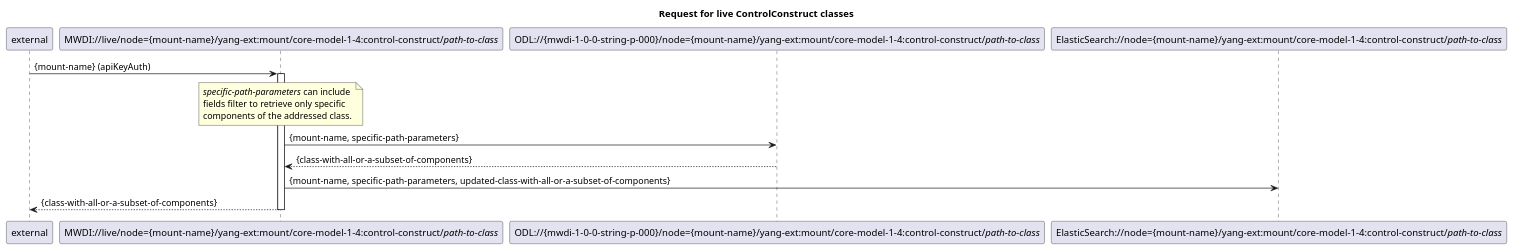
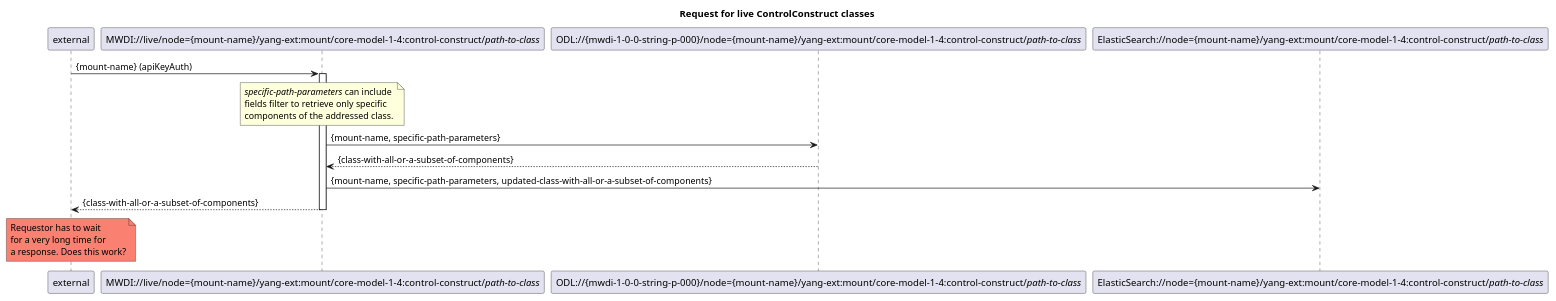
Before and after one commit to openBackhaul/MicroWaveDeviceInventory: the diagram in spec/diagrams/510_LiveRessourcePath.plantuml, drawn with PlantUML. The commit also changed 9 other files, not shown here.

Commit message:
Update ServiceList based on diagrams

```diff
--- a/spec/diagrams/510_LiveRessourcePath.plantuml
+++ b/spec/diagrams/510_LiveRessourcePath.plantuml
@@ -1,23 +1,27 @@
 @startuml 510_LiveRessourcePath
 skinparam responseMessageBelowArrow true
 
 title Request for live ControlConstruct classes
 
 participant "external" as requestor
 participant "MWDI://live/node={mount-name}/yang-ext:mount/core-model-1-4:control-construct/<i>path-to-class</i>" as LiveControlConstructClass
 participant "ODL://{mwdi-1-0-0-string-p-000}/node={mount-name}/yang-ext:mount/core-model-1-4:control-construct/<i>path-to-class</i>" as OdlControlConstructClass
 participant "ElasticSearch://node={mount-name}/yang-ext:mount/core-model-1-4:control-construct/<i>path-to-class</i>" as EsControlConstructClass
 
 requestor -> LiveControlConstructClass: {mount-name} (apiKeyAuth)
 activate LiveControlConstructClass
 
 note over LiveControlConstructClass: <i>specific-path-parameters</i> can include \nfields filter to retrieve only specific \ncomponents of the addressed class.
 LiveControlConstructClass -> OdlControlConstructClass: {mount-name, specific-path-parameters}
 OdlControlConstructClass --> LiveControlConstructClass: {class-with-all-or-a-subset-of-components}
 
 LiveControlConstructClass -> EsControlConstructClass: {mount-name, specific-path-parameters, updated-class-with-all-or-a-subset-of-components}
 
 LiveControlConstructClass --> requestor: {class-with-all-or-a-subset-of-components}
 deactivate LiveControlConstructClass
 
+skinparam NoteBackgroundColor salmon
+note over requestor: Requestor has to wait \nfor a very long time for \na response. Does this work?
+skinparam NoteBackgroundColor default
+
 @enduml
```
